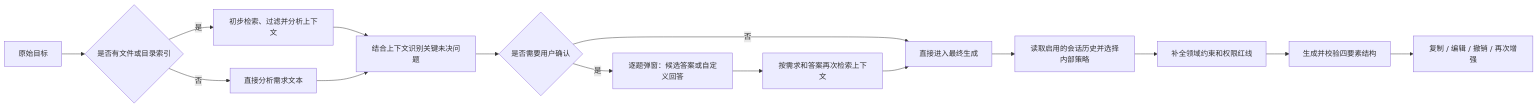
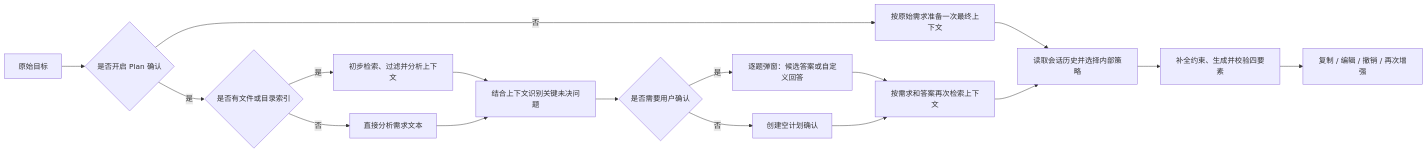
The diagram in docs/11-提示词增强能力设计.md (QingNiao0x/prompt-optimizer-platform), drawn with Mermaid before and after one commit. The commit also changed other lines of this file and 16 other files, not shown here.

````diff
--- a/docs/11-提示词增强能力设计.md
+++ b/docs/11-提示词增强能力设计.md
@@ -11,17 +11,19 @@
 ```mermaid
 flowchart LR
-    A[原始目标] --> B{是否有文件或目录索引}
-    B -->|是| C[初步检索、过滤并分析上下文]
-    B -->|否| D[直接分析需求文本]
-    C --> E[结合上下文识别关键未决问题]
-    D --> E
-    E --> F{是否需要用户确认}
-    F -->|是| G[逐题弹窗：候选答案或自定义回答]
-    F -->|否| H[直接进入最终生成]
-    G --> I[按需求和答案再次检索上下文]
-    I --> H
-    H --> J[读取启用的会话历史并选择内部策略]
-    J --> K[补全领域约束和权限红线]
-    K --> L[生成并校验四要素结构]
-    L --> M[复制 / 编辑 / 撤销 / 再次增强]
+    A[原始目标] --> B{是否开启 Plan 确认}
+    B -->|否| C[按原始需求准备一次最终上下文]
+    B -->|是| D{是否有文件或目录索引}
+    D -->|是| E[初步检索、过滤并分析上下文]
+    D -->|否| F[直接分析需求文本]
+    E --> G[结合上下文识别关键未决问题]
+    F --> G
+    G --> H{是否需要用户确认}
+    H -->|是| I[逐题弹窗：候选答案或自定义回答]
+    H -->|否| J[创建空计划确认]
+    I --> K[按需求和答案再次检索上下文]
+    J --> K
+    C --> L[读取会话历史并选择内部策略]
+    K --> L
+    L --> M[补全约束、生成并校验四要素]
+    M --> N[复制 / 编辑 / 撤销 / 再次增强]
 ```
````
